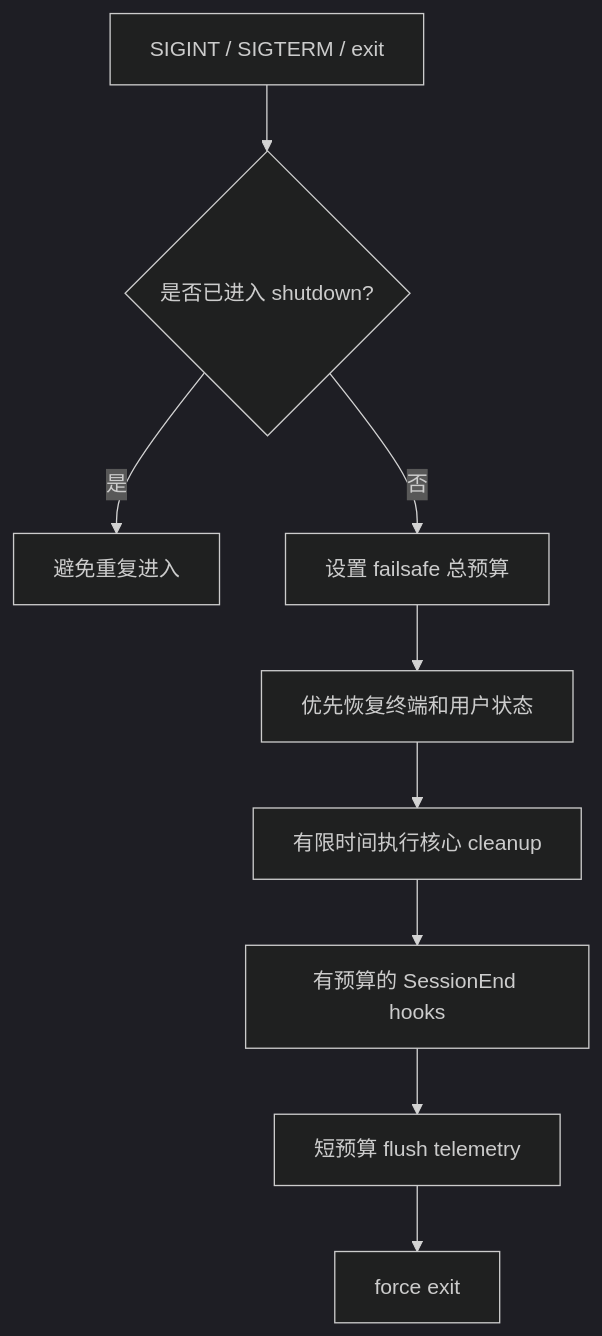
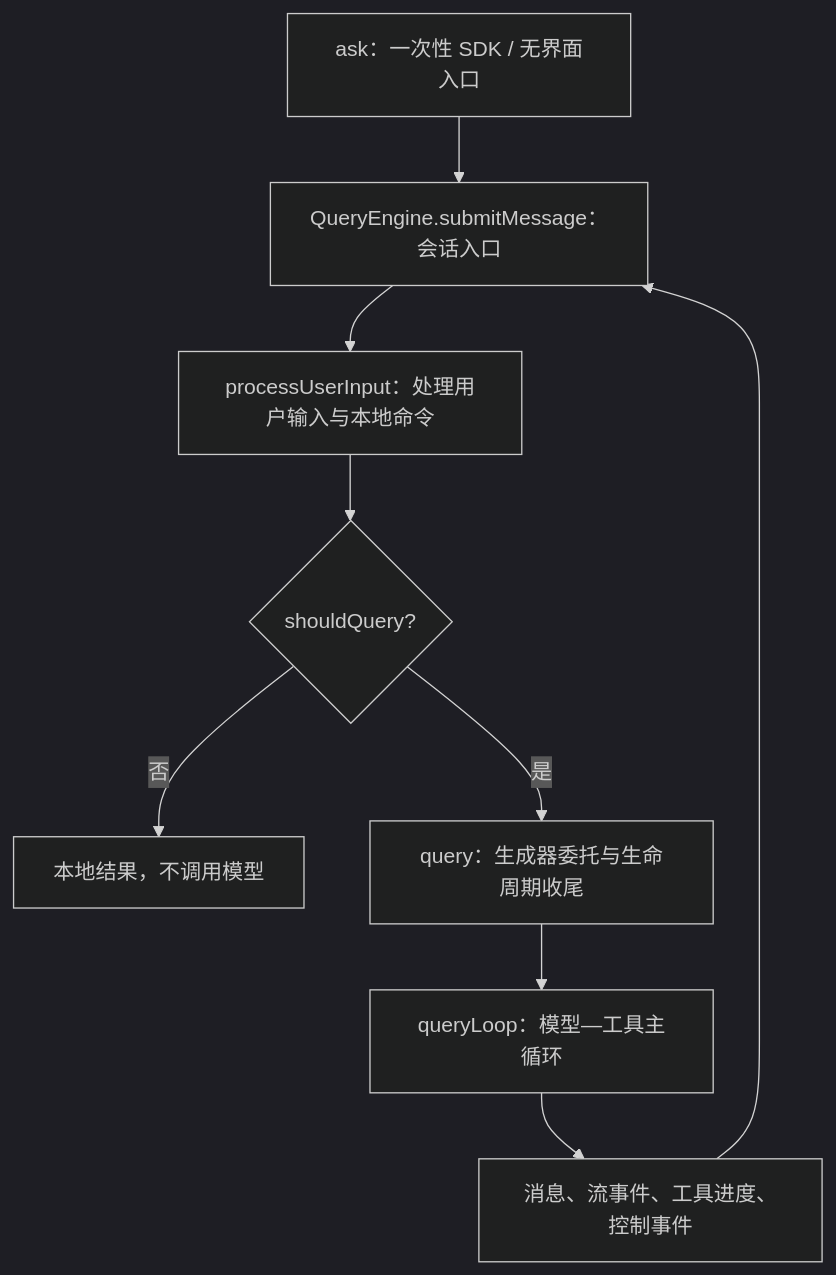
The third of 3 diagrams in curriculum/units/M01/final.md (bai201928/claude-code-source-course), drawn with Mermaid (dark theme) before and after one commit. The commit also changed other lines of this file, not shown here.

````diff
--- a/curriculum/units/M01/final.md
+++ b/curriculum/units/M01/final.md
@@ -988,11 +331,11 @@
 ```mermaid
 flowchart TD
-  SIGNAL["SIGINT / SIGTERM / exit"] --> ONCE{"是否已进入 shutdown?"}
-  ONCE -->|"是"| RETURN["避免重复进入"]
-  ONCE -->|"否"| SAFE["设置 failsafe 总预算"]
-  SAFE --> TERM["优先恢复终端和用户状态"]
-  TERM --> CLEAN["有限时间执行核心 cleanup"]
-  CLEAN --> HOOK["有预算的 SessionEnd hooks"]
-  HOOK --> METRIC["短预算 flush telemetry"]
-  METRIC --> EXIT["force exit"]
+  ASK["ask：一次性 SDK / 无界面入口"] --> ENGINE["QueryEngine.submitMessage：会话入口"]
+  ENGINE --> INPUT["processUserInput：处理用户输入与本地命令"]
+  INPUT --> DECIDE{"shouldQuery?"}
+  DECIDE -->|"否"| LOCAL["本地结果，不调用模型"]
+  DECIDE -->|"是"| QUERY["query：生成器委托与生命周期收尾"]
+  QUERY --> LOOP["queryLoop：模型—工具主循环"]
+  LOOP --> EVENT["消息、流事件、工具进度、控制事件"]
+  EVENT --> ENGINE
 ```
````
